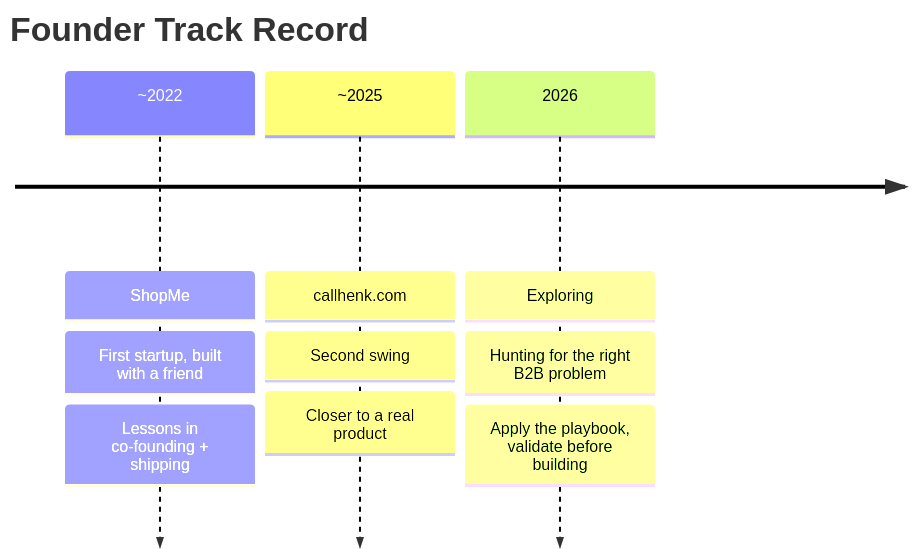
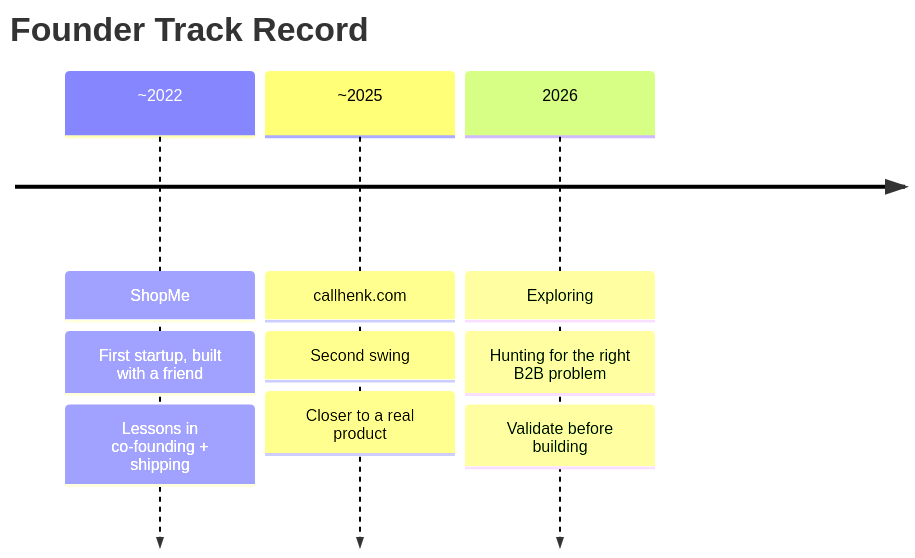
The second of 9 diagrams in business/startup-playbook.md (Cyvid7-Darus10/peak-self), drawn with Mermaid before and after one commit. The commit also changed other lines of this file and 2 other files, not shown here.

First line of the commit message:
docs: expand business playbook, add AI-code-review learning, refresh resources

````diff
--- a/business/startup-playbook.md
+++ b/business/startup-playbook.md
@@ -29,7 +29,7 @@
 ```mermaid
 timeline
     title Founder Track Record
     ~2022 : ShopMe : First startup, built with a friend : Lessons in co-founding + shipping
     ~2025 : callhenk.com : Second swing : Closer to a real product
-    2026 : Exploring : Hunting for the right B2B problem : Apply the playbook, validate before building
+    2026 : Exploring : Hunting for the right B2B problem : Validate before building
 ```
````
